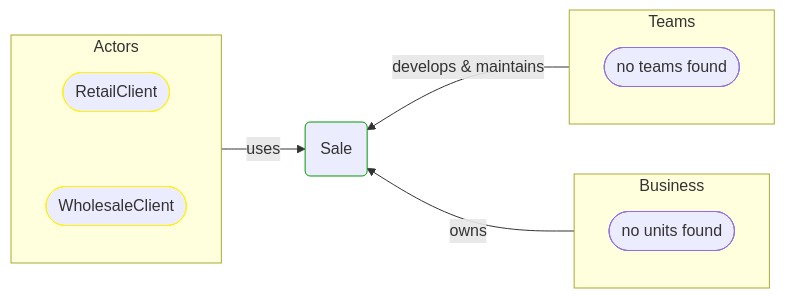
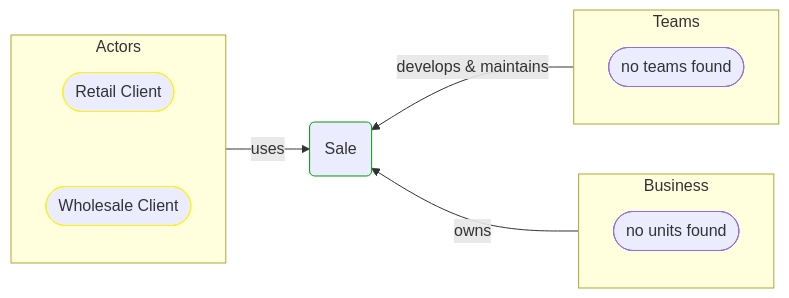
Before and after one commit to itlibrium/DDD-starter-dotnet: the third of 3 diagrams in Docs/P3/MermaidOutput/Domain/Processes/Sale/Sale.md, drawn with Mermaid. The commit also changed 102 other files, not shown here.

````diff
--- a/Docs/P3/MermaidOutput/Domain/Processes/Sale/Sale.md
+++ b/Docs/P3/MermaidOutput/Domain/Processes/Sale/Sale.md
@@ -99,32 +99,32 @@
 ```mermaid
   flowchart LR
     subgraph 0["Actors"]
       direction TB
-      1([RetailClient])
+      1([Retail Client])
       class 1 PeoplePerspective
-      2([WholesaleClient])
+      2([Wholesale Client])
       class 2 PeoplePerspective
       1---2
     end
     3(Sale)
     class 3 DomainPerspective
     0-->|uses|3
     subgraph 4["Teams"]
       direction TB
       5([no teams found])
     end
     3---4
     4-->|develops & maintains|3
     4---3
     subgraph 6["Business"]
       direction TB
       7([no units found])
     end
     3---6
     6-->|owns|3
     6---3
     linkStyle 0,2,4,5,7 stroke:none
     classDef DomainPerspective stroke:#009900
     classDef TechnologyPerspective stroke:#1F41EB
     classDef PeoplePerspective stroke:#FFF014
 ```
````
